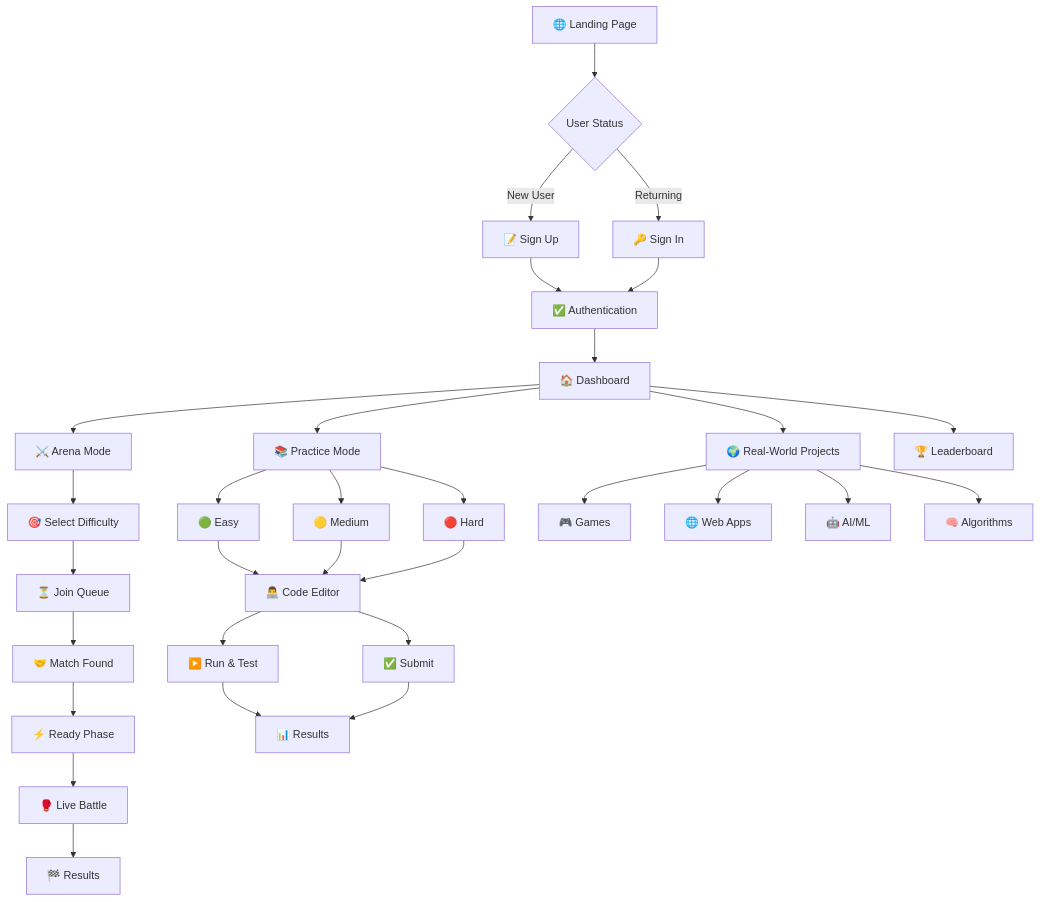
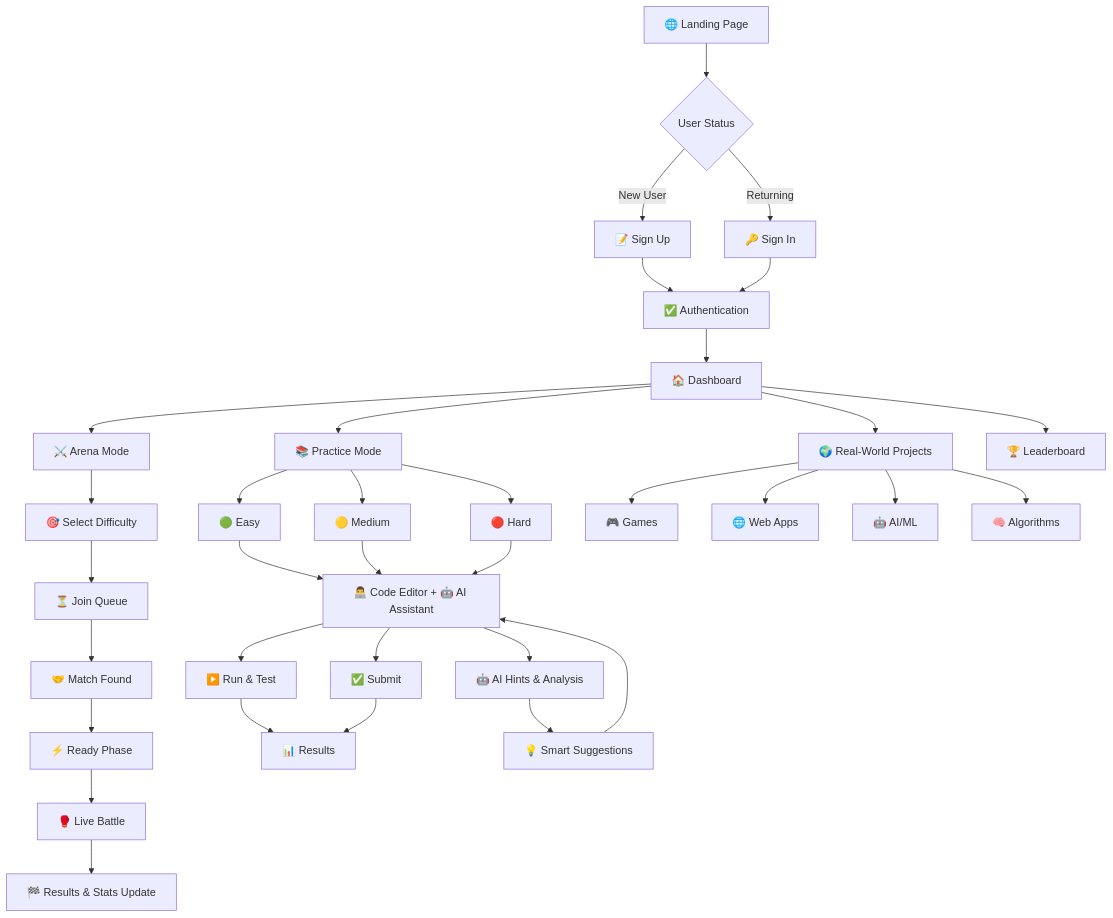
The diagram in README.md (vikashgupta16/CodeBattle-Arena), drawn with Mermaid before and after one commit. The commit also changed other lines of this file, not shown here.

````diff
--- a/README.md
+++ b/README.md
@@ -54,40 +64,43 @@
 ```mermaid
 graph TD
     A[🌐 Landing Page] --> B{User Status}
     B -->|New User| C[📝 Sign Up]
     B -->|Returning| D[🔑 Sign In]
     
     C --> E[✅ Authentication]
     D --> E
     
     E --> F[🏠 Dashboard]
     
     F --> G[📚 Practice Mode]
     F --> H[⚔️ Arena Mode]
     F --> I[🌍 Real-World Projects]
     F --> J[🏆 Leaderboard]
     
     G --> G1[🟢 Easy] 
     G --> G2[🟡 Medium]
     G --> G3[🔴 Hard]
-    G1 --> K[👨‍💻 Code Editor]
+    G1 --> K[👨‍💻 Code Editor + 🤖 AI Assistant]
     G2 --> K
     G3 --> K
     
     H --> H1[🎯 Select Difficulty]
     H1 --> H2[⏳ Join Queue]
     H2 --> H3[🤝 Match Found]
     H3 --> H4[⚡ Ready Phase]
     H4 --> H5[🥊 Live Battle]
-    H5 --> H6[🏁 Results]
+    H5 --> H6[🏁 Results & Stats Update]
     
     I --> I1[🎮 Games]
     I --> I2[🌐 Web Apps]
     I --> I3[🤖 AI/ML]
     I --> I4[🧠 Algorithms]
     
     K --> L[▶️ Run & Test]
     K --> M[✅ Submit]
+    K --> AI[🤖 AI Hints & Analysis]
     L --> N[📊 Results]
     M --> N
+    AI --> O[💡 Smart Suggestions]
+    O --> K
 ```
````
